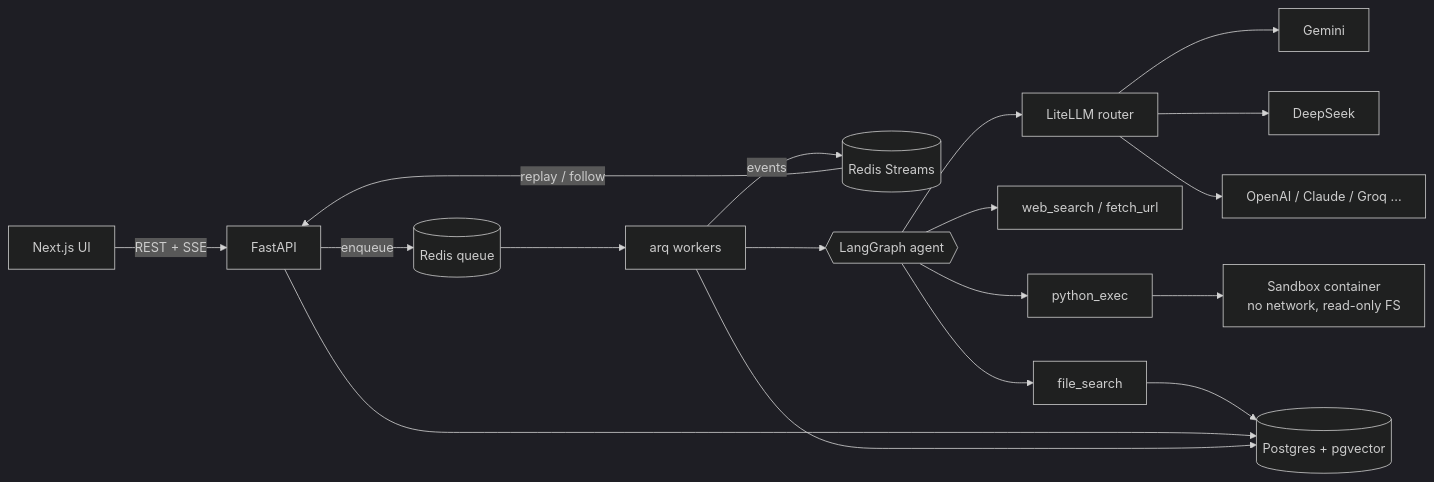
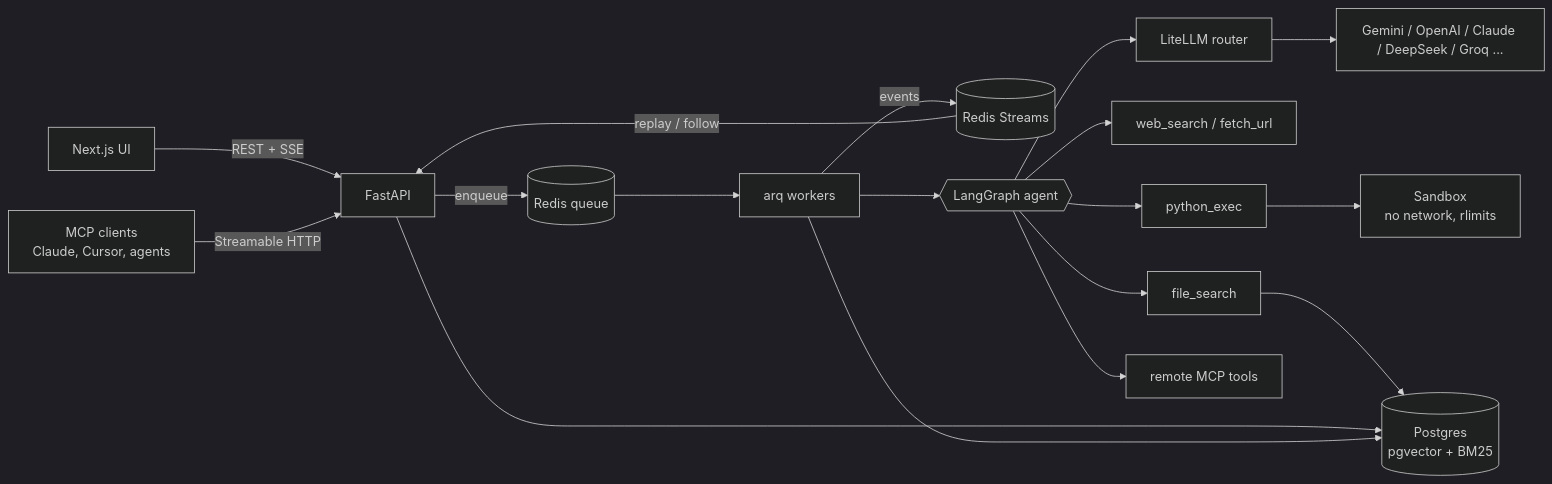
The first of 2 diagrams in README.md (Aditya365x/atlas-agent), drawn with Mermaid (dark theme) before and after one commit. The commit also changed other lines of this file and 72 other files, not shown here.

````diff
--- a/README.md
+++ b/README.md
@@ -21,16 +40,17 @@
 ```mermaid
 flowchart LR
   UI[Next.js UI] -- REST + SSE --> API[FastAPI]
+  MC[MCP clients<br/>Claude, Cursor, agents] -- Streamable HTTP --> API
   API -- enqueue --> Q[(Redis queue)]
   Q --> W[arq workers]
   W -- events --> S[(Redis Streams)]
   S -- replay / follow --> API
   W --> G{{LangGraph agent}}
-  G --> R[LiteLLM router]
-  R --> P1[Gemini] & P2[DeepSeek] & P3[OpenAI / Claude / Groq ...]
+  G --> R[LiteLLM router] --> P[Gemini / OpenAI / Claude / DeepSeek / Groq ...]
   G --> T1[web_search / fetch_url]
-  G --> T2[python_exec] --> SB[Sandbox container<br/>no network, read-only FS]
-  G --> T3[file_search] --> PG[(Postgres + pgvector)]
+  G --> T2[python_exec] --> SB[Sandbox<br/>no network, rlimits]
+  G --> T3[file_search] --> PG[(Postgres<br/>pgvector + BM25)]
+  G --> T4[remote MCP tools]
   API --> PG
   W --> PG
 ```
````
